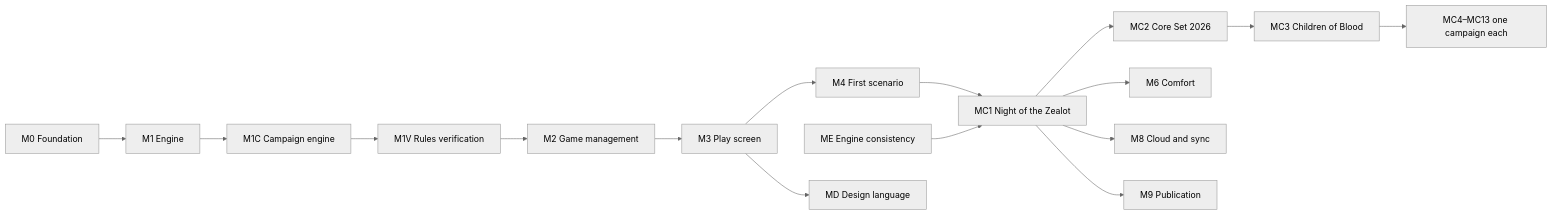
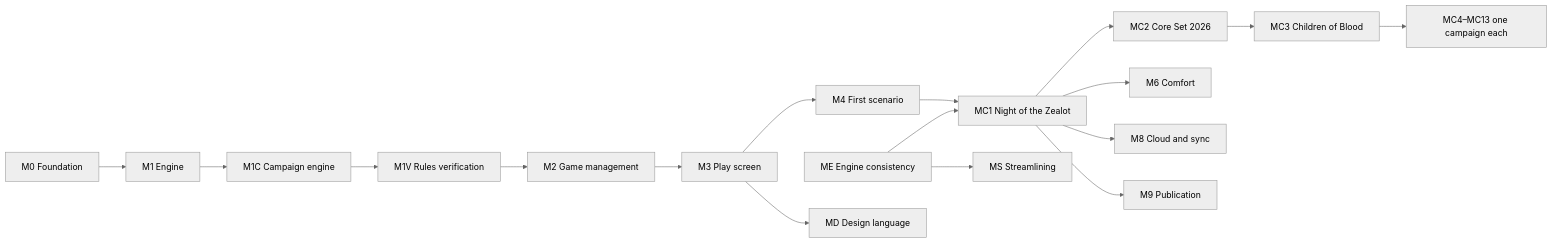
Before and after one commit to macandy13/arkham-companion: the diagram in docs/product.md, drawn with Mermaid (neutral theme). The commit also changed other lines of this file and 5 other files, not shown here.

````diff
--- a/docs/product.md
+++ b/docs/product.md
@@ -65,10 +65,11 @@
 ```mermaid
 flowchart LR
   M0[M0 Foundation] --> M1[M1 Engine] --> M1C[M1C Campaign engine] --> M1V[M1V Rules verification] --> M2[M2 Game management] --> M3[M3 Play screen] --> M4[M4 First scenario] --> MC1[MC1 Night of the Zealot]
   ME[ME Engine consistency] --> MC1
   MC1 --> MC2[MC2 Core Set 2026] --> MC3[MC3 Children of Blood] --> MCn[MC4–MC13 one campaign each]
   MC1 --> M6[M6 Comfort]
   MC1 --> M8[M8 Cloud and sync]
   MC1 --> M9[M9 Publication]
   M3 --> MD[MD Design language]
+  ME --> MS[MS Streamlining]
 ```
````
